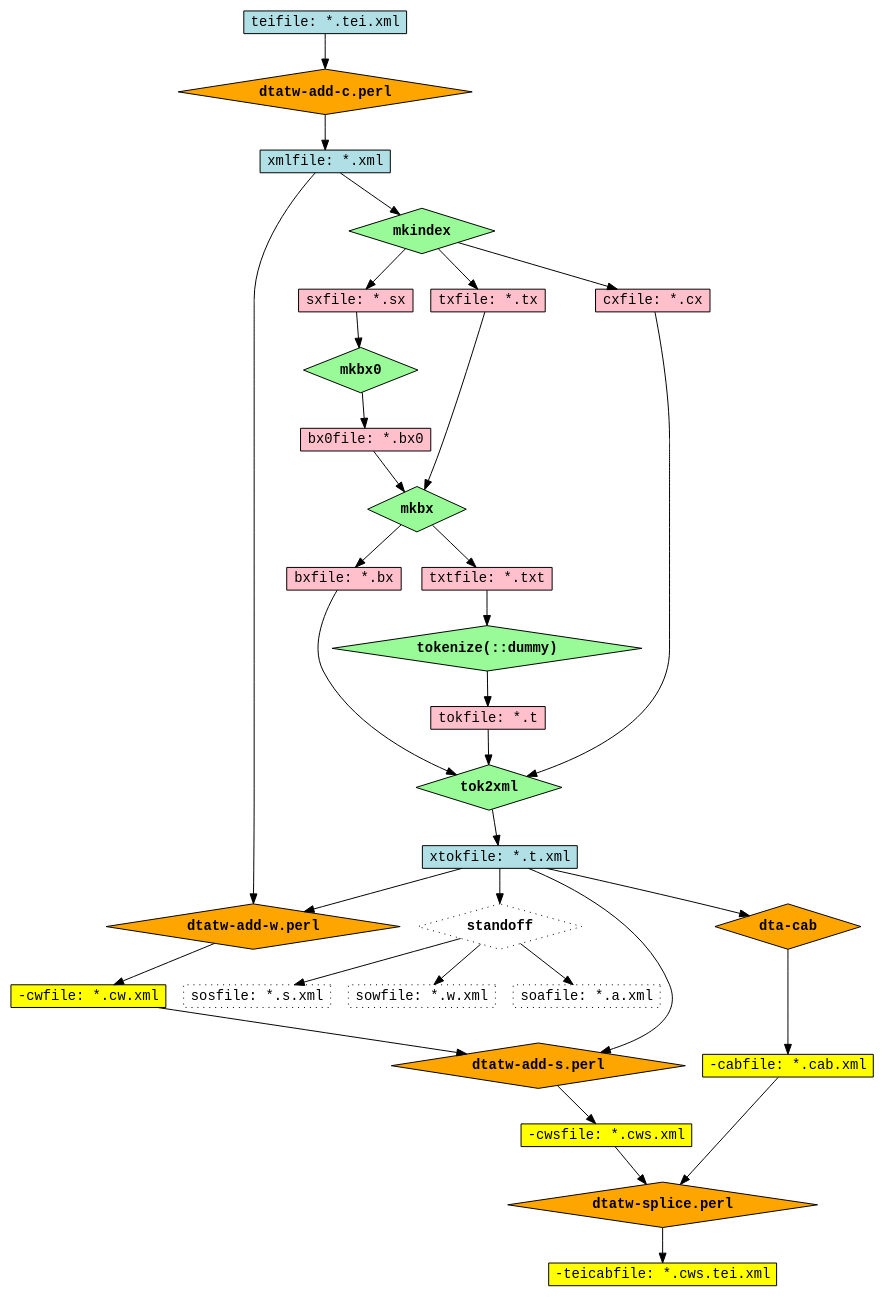
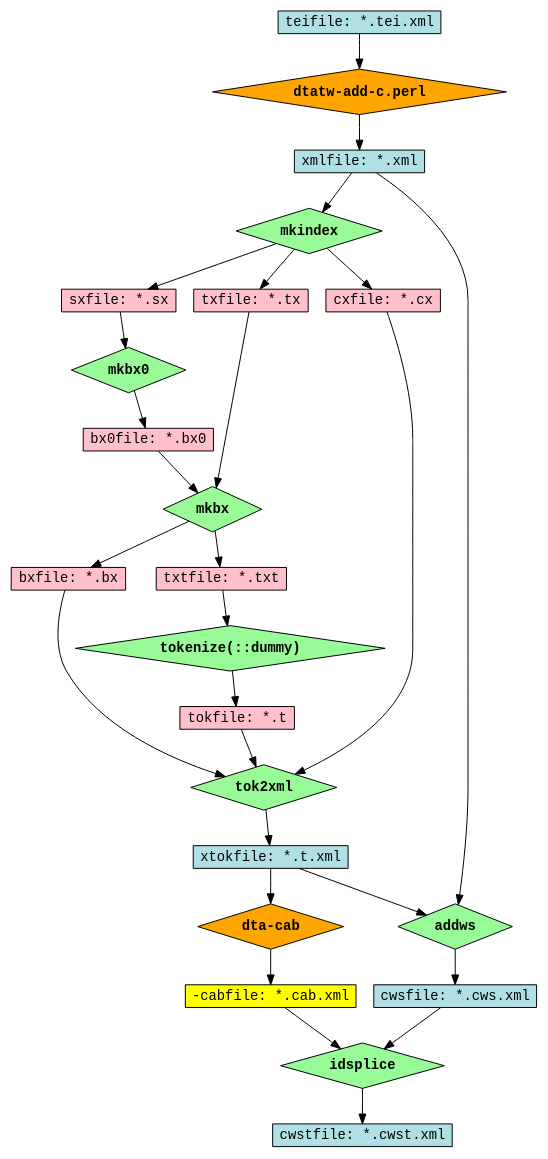
One commit to moocow-the-bovine/dta-tokwrap changed the diagram in doc/dot/dataflow-perl-files.dot. Above: the diagram before and after it, drawn with Graphviz. The commit also changed 20 other files, not shown here.

```diff
--- a/doc/dot/dataflow-perl-files.dot
+++ b/doc/dot/dataflow-perl-files.dot
@@ -1,94 +1,90 @@
 /* -*- Mode: C -*- */
 digraph dataflow_perl_files {
   node [shape=rectangle,style=filled,fillcolor=pink,height=0.25,fontname="Courier"];
   edge [decorate=0,fontname="Courier"];
 
   teifile [label="teifile: *.tei.xml",fillcolor=PowderBlue];
   add_c  [label="dtatw-add-c.perl",shape=diamond,fillcolor=orange,fontname="Courier-Bold"];
   teifile -> add_c;
 
   xmlfile [label="xmlfile: *.xml",fillcolor=PowderBlue];
   add_c -> xmlfile;
 
   mkindex [label="mkindex",shape=diamond,fillcolor=PaleGreen,fontname="Courier-Bold"];
   xmlfile -> mkindex;
 
   sxfile [label="sxfile: *.sx"];
   txfile [label="txfile: *.tx"];
   cxfile [label="cxfile: *.cx"];
   mkindex -> cxfile;
   mkindex -> sxfile;
   mkindex -> txfile;
   {rank=same; cxfile sxfile txfile}
 
   mkbx0 [label="mkbx0",shape=diamond,fillcolor=PaleGreen,fontname="Courier-Bold"];
   sxfile -> mkbx0;
  
   bx0file [label="bx0file: *.bx0"];
   mkbx0 -> bx0file;
 
   mkbx [label="mkbx",shape=diamond,fillcolor=PaleGreen,fontname="Courier-Bold"];
   bx0file -> mkbx;
   txfile  -> mkbx;
 
   bxfile [label="bxfile: *.bx"];
   txtfile [label="txtfile: *.txt"];
   mkbx -> bxfile;
   mkbx -> txtfile;
   {rank=same; bxfile txtfile}
 
   tokenize [label="tokenize(::dummy)",shape=diamond,fillcolor=PaleGreen,fontname="Courier-Bold",justify="left"];
   txtfile -> tokenize;
 
   tokfile [label="tokfile: *.t"];
   tokenize -> tokfile;
   //{rank=same; tokdata tokfile;}
 
   xtokfile [label="xtokfile: *.t.xml",fillcolor=PowderBlue];
 
   //-- tok2xml via c prog
   tok2xml[label="tok2xml",shape=diamond,fillcolor=PaleGreen,fontname="Courier-Bold"];
   bxfile -> tok2xml;
   cxfile -> tok2xml;
   tokfile -> tok2xml;
   tok2xml -> xtokfile;
 
+  /*
   //-- standoff via C progs (basically obsolete)
   standoff [label="standoff",shape=diamond,fillcolor=PaleGreen,style=dotted,fontname="Courier-Bold"];
   xtokfile -> standoff;
 
   sosfile [label="sosfile: *.s.xml",fillcolor=PowderBlue,style=dotted];
   sowfile [label="sowfile: *.w.xml",fillcolor=PowderBlue,style=dotted];
   soafile [label="soafile: *.a.xml",fillcolor=PowderBlue,style=dotted];
   standoff -> sosfile;
   standoff -> sowfile;
   standoff -> soafile;
   { rank=same; sosfile sowfile soafile; }
+  */
 
-  //-- splice-in: w,s: external scripts
-  add_w  [label="dtatw-add-w.perl",shape=diamond,fillcolor=orange,fontname="Courier-Bold"];
-  xtokfile /*sowfile*/ -> add_w;
-  xmlfile -> add_w;
-  add_w  -> cwfile;
-  cwfile [label="-cwfile: *.cw.xml",fillcolor=yellow];
+  //-- splice-in: w,s: addws module
+  add_ws  [label="addws",shape=diamond,fillcolor=PaleGreen,fontname="Courier-Bold"];
+  xtokfile -> add_ws;
+  xmlfile  -> add_ws;
+  add_ws   -> cwsfile;
+  cwsfile [label="cwsfile: *.cws.xml",fillcolor=PowderBlue];
 
-  add_s  [label="dtatw-add-s.perl",shape=diamond,fillcolor=orange,fontname="Courier-Bold"];
-  xtokfile /*sosfile*/ -> add_s;
-  cwfile -> add_s;
-  add_s  -> cwsfile;
-  cwsfile [label="-cwsfile: *.cws.xml",fillcolor=yellow];
-
-  //-- splice-in: generic (e.g. cab)
+  //-- splice-in: generic id-based splice (e.g. cab)
   cab [label="dta-cab",shape=diamond,fillcolor=orange,fontname="Courier-Bold"];
   xtokfile -> cab;
 
   cabfile [label="-cabfile: *.cab.xml",fillcolor=yellow];
   cab -> cabfile;
 
-  twsplice [label="dtatw-splice.perl",shape=diamond,fillcolor=orange,fontname="Courier-Bold"];
-  cabfile -> twsplice;
-  cwsfile -> twsplice;
+  idsplice [label="idsplice",shape=diamond,fillcolor=PaleGreen,fontname="Courier-Bold"];
+  cabfile -> idsplice;
+  cwsfile -> idsplice;
 
-  cwscabfile [label="-teicabfile: *.cws.tei.xml",fillcolor=yellow];
-  twsplice -> cwscabfile;
+  cwstfile [label="cwstfile: *.cwst.xml",fillcolor=PowderBlue];
+  idsplice -> cwstfile;
 }
```
